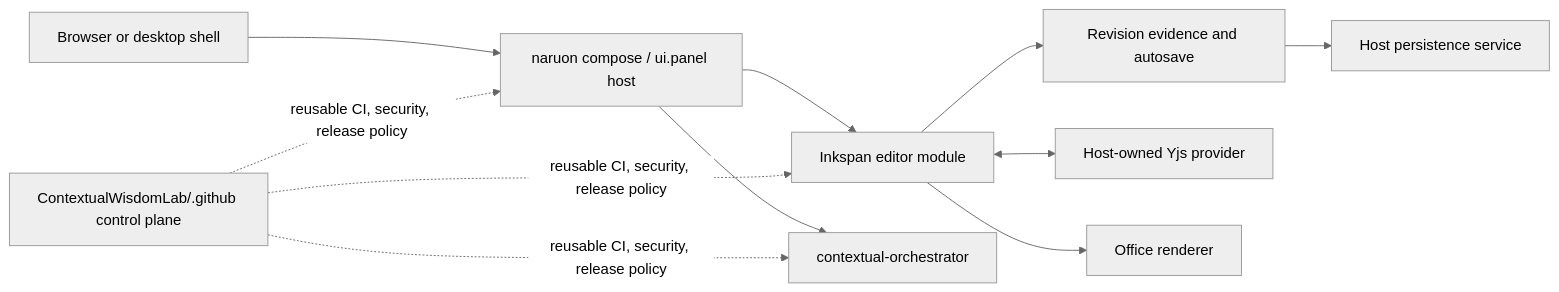
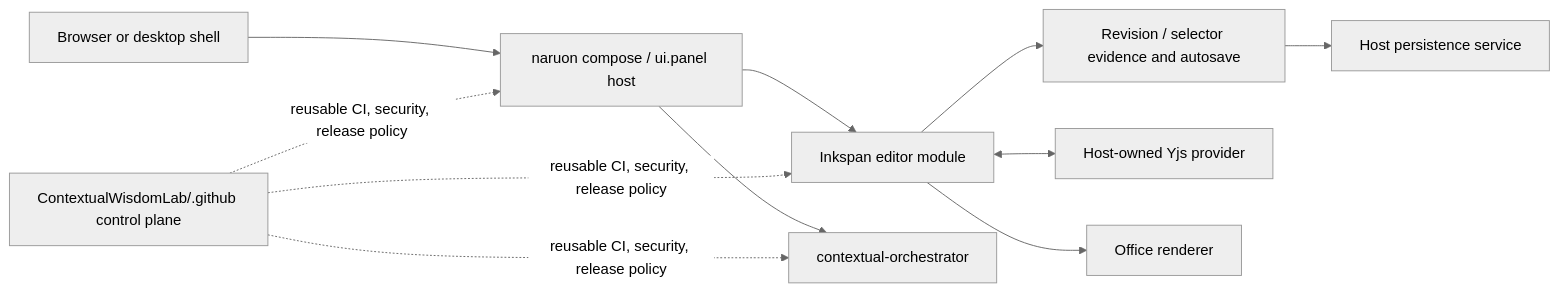
The second of 3 diagrams in ARCHITECTURE.md (ContextualWisdomLab/inkspan), drawn with Mermaid (neutral theme) before and after one commit. The commit also changed other lines of this file, not shown here.

Commit message:
docs(architecture): reconcile package and presentation boundaries

````diff
--- a/ARCHITECTURE.md
+++ b/ARCHITECTURE.md
@@ -48,23 +83,23 @@
 ```mermaid
 flowchart LR
   Browser[Browser or desktop shell]
   Panel[naruon compose / ui.panel host]
   Inkspan[Inkspan editor module]
-  Evidence[Revision evidence and autosave]
+  Evidence[Revision / selector evidence and autosave]
   Collab[Host-owned Yjs provider]
   Store[Host persistence service]
   Models[contextual-orchestrator]
   Office[Office renderer]
   Control[ContextualWisdomLab/.github control plane]
 
   Browser --> Panel
   Panel --> Inkspan
   Inkspan --> Evidence
   Inkspan <--> Collab
   Evidence --> Store
   Panel --> Models
   Inkspan --> Office
   Control -. reusable CI, security, release policy .-> Inkspan
   Control -. reusable CI, security, release policy .-> Panel
   Control -. reusable CI, security, release policy .-> Models
 ```
````
